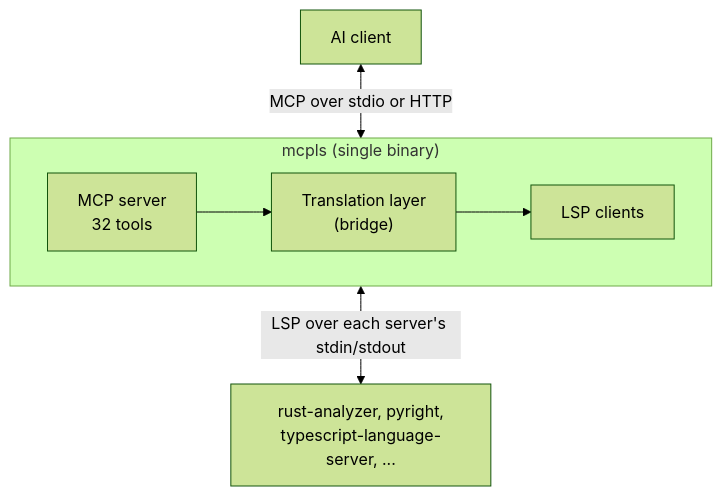
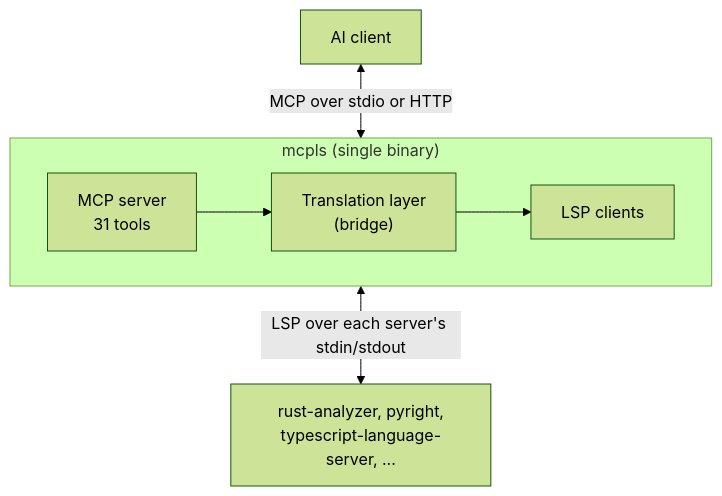
One commit to insomnes/mcpls changed the first of 2 diagrams in book/src/advanced/architecture.md. Above: the diagram before and after it, drawn with Mermaid (forest theme). The commit also changed 17 other files, not shown here.

````diff
--- a/book/src/advanced/architecture.md
+++ b/book/src/advanced/architecture.md
@@ -11,11 +11,11 @@
 ```mermaid
 flowchart TB
     Client["AI client"]
     subgraph mcpls["mcpls (single binary)"]
         direction LR
-        MCP["MCP server<br/>32 tools"] --> Bridge["Translation layer<br/>(bridge)"] --> LSPc["LSP clients"]
+        MCP["MCP server<br/>31 tools"] --> Bridge["Translation layer<br/>(bridge)"] --> LSPc["LSP clients"]
     end
     Servers["rust-analyzer, pyright,<br/>typescript-language-server, ..."]
     Client <-->|"MCP over stdio or HTTP"| MCP
     LSPc <-->|"LSP over each server's stdin/stdout"| Servers
 ```
````
